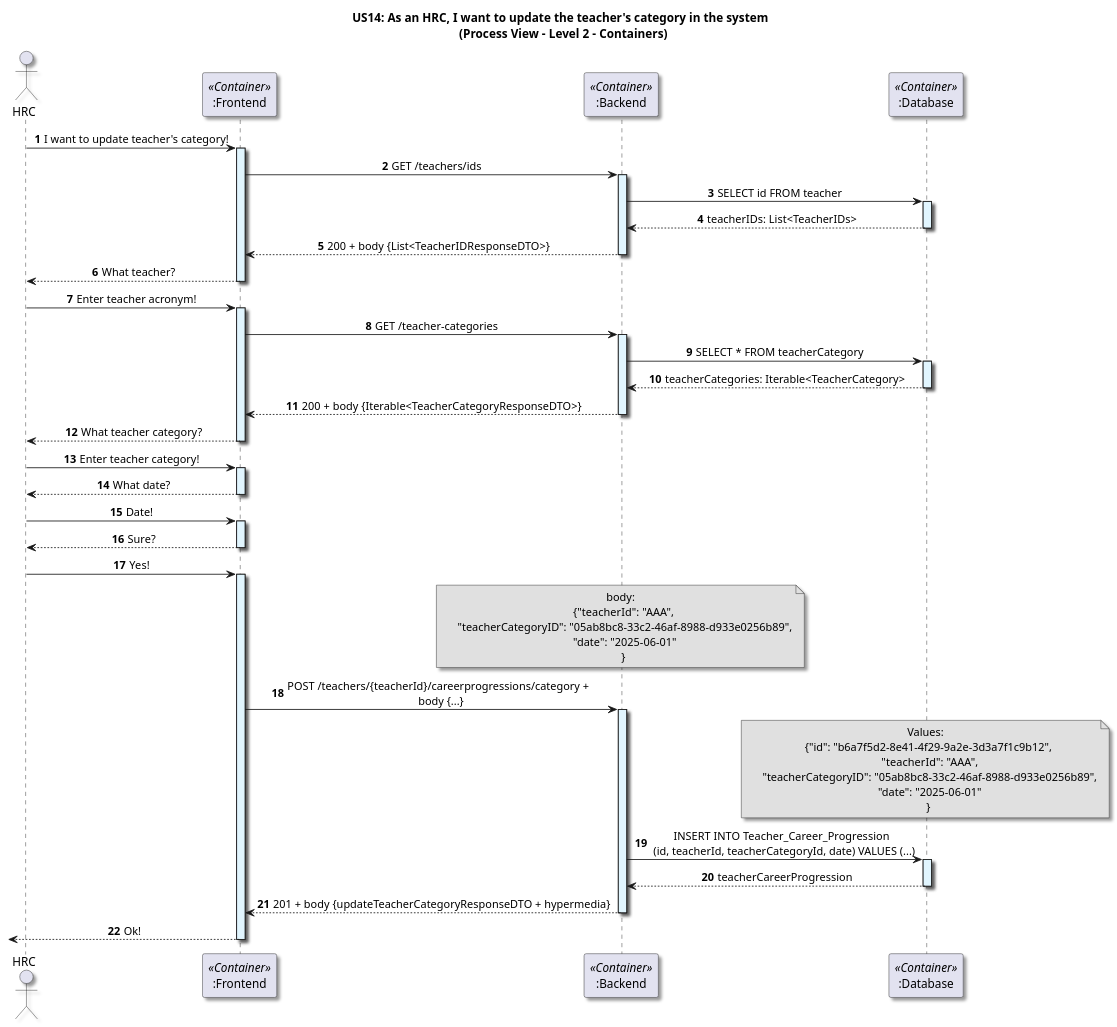
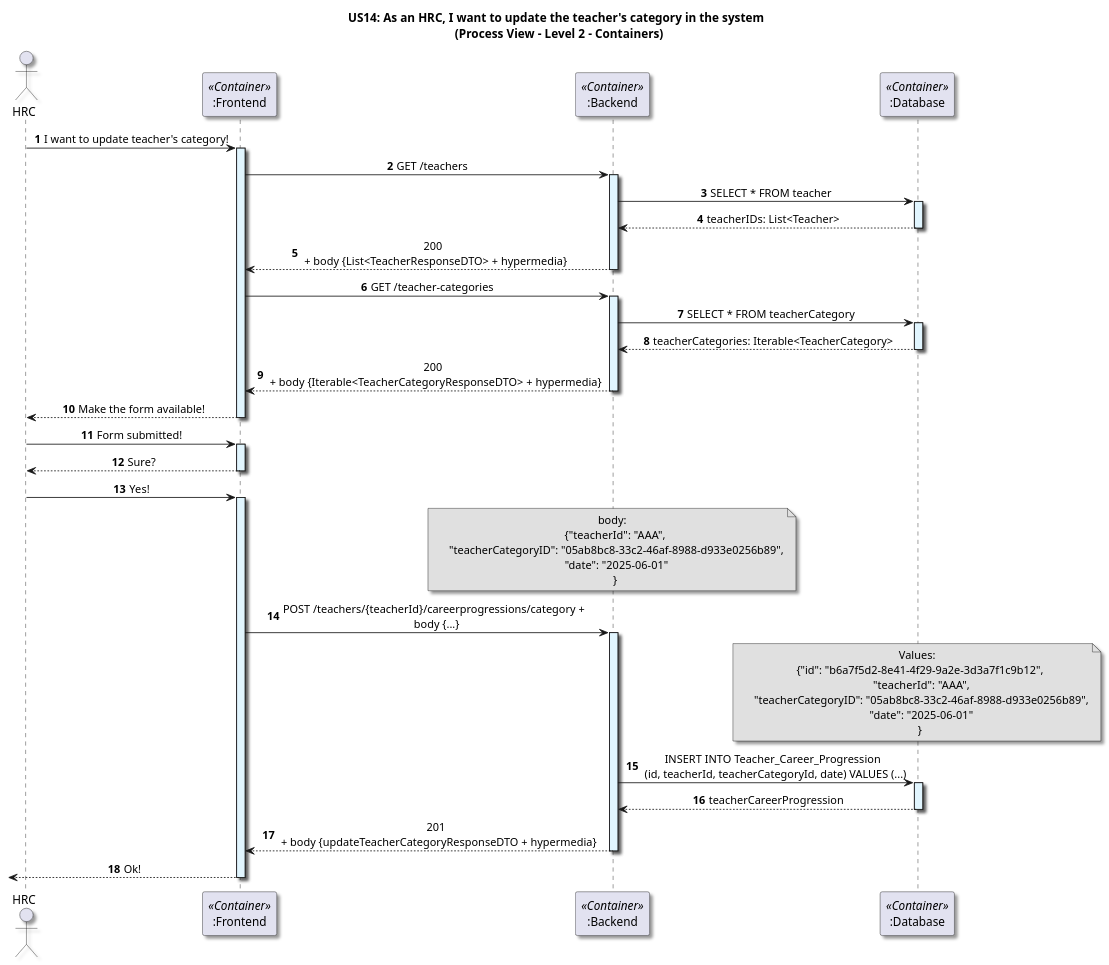
The diagram in docs/US14/Sprint7_RestAPI/ProcessView/Level2.puml (GasparISEP/DevOps-PAI), drawn with PlantUML before and after one commit. The commit also changed 1 other file, not shown here.

Commit message:
doc(process): update Level 1 and 2 Process View diagrams (#675, #678)

```diff
--- a/docs/US14/Sprint7_RestAPI/ProcessView/Level2.puml
+++ b/docs/US14/Sprint7_RestAPI/ProcessView/Level2.puml
@@ -1,96 +1,84 @@
 @startuml
 
 title US14: As an HRC, I want to update the teacher's category in the system \n (Process View - Level 2 - Containers)
 
 skinparam componentStyle component
 skinparam defaultTextAlignment center
 skinparam shadowing true
 
 autonumber
 
 actor HRC as admin
 participant ":Frontend" as frontend <<Container>>
 participant ":Backend" as backend <<Container>>
 participant ":Database" as db <<Container>>
 
 
 admin -> frontend: I want to update teacher's category!
 activate frontend #E1F5FE
 
-frontend -> backend: GET /teachers/ids
+frontend -> backend: GET /teachers
 activate backend #E1F5FE
 
-backend -> db: SELECT id FROM teacher
+backend -> db: SELECT * FROM teacher
 activate db #E1F5FE
-db --> backend: teacherIDs: List<TeacherIDs>
+db --> backend: teacherIDs: List<Teacher>
 deactivate db
 
-backend --> frontend: 200 + body {List<TeacherIDResponseDTO>}
+backend --> frontend: 200 \n + body {List<TeacherResponseDTO> + hypermedia}
 deactivate backend
-
-frontend --> admin: What teacher?
-deactivate frontend
-
-admin -> frontend: Enter teacher acronym!
-activate frontend #E1F5FE
 
 frontend -> backend: GET /teacher-categories
 activate backend #E1F5FE
 backend -> db: SELECT * FROM teacherCategory
 activate db #E1F5FE
 db --> backend: teacherCategories: Iterable<TeacherCategory>
 deactivate db
-backend --> frontend: 200 + body {Iterable<TeacherCategoryResponseDTO>}
+backend --> frontend: 200 \n + body {Iterable<TeacherCategoryResponseDTO> + hypermedia}
 deactivate backend
 
-frontend --> admin: What teacher category?
+frontend --> admin: Make the form available!
 deactivate frontend
 
-admin -> frontend: Enter teacher category!
-activate frontend #E1F5FE
-
-frontend --> admin: What date?
-deactivate frontend
-
-admin -> frontend: Date!
+admin -> frontend: Form submitted!
 activate frontend #E1F5FE
 
 frontend --> admin: Sure?
 deactivate frontend
 
 admin -> frontend: Yes!
 activate frontend #E1F5FE
 
 note over backend #E0E0E0
   body:
     {"teacherId": "AAA",
      "teacherCategoryID": "05ab8bc8-33c2-46af-8988-d933e0256b89",
      "date": "2025-06-01"
     }
 end note
 
 frontend -> backend: POST /teachers/{teacherId}/careerprogressions/category + \n body {...}
 activate backend #E1F5FE
 
 note over db #E0E0E0
   Values:
     {"id": "b6a7f5d2-8e41-4f29-9a2e-3d3a7f1c9b12",
      "teacherId": "AAA",
      "teacherCategoryID": "05ab8bc8-33c2-46af-8988-d933e0256b89",
      "date": "2025-06-01"
     }
 end note
 
 backend -> db: INSERT INTO Teacher_Career_Progression \n (id, teacherId, teacherCategoryId, date) VALUES (...)
 activate db #E1F5FE
 
 db --> backend: teacherCareerProgression
 deactivate db
 
-backend --> frontend: 201 + body {updateTeacherCategoryResponseDTO + hypermedia}
+backend --> frontend: 201 \n + body {updateTeacherCategoryResponseDTO + hypermedia}
 deactivate backend
 
 <-- frontend : Ok!
 deactivate frontend
 
 @enduml
```
